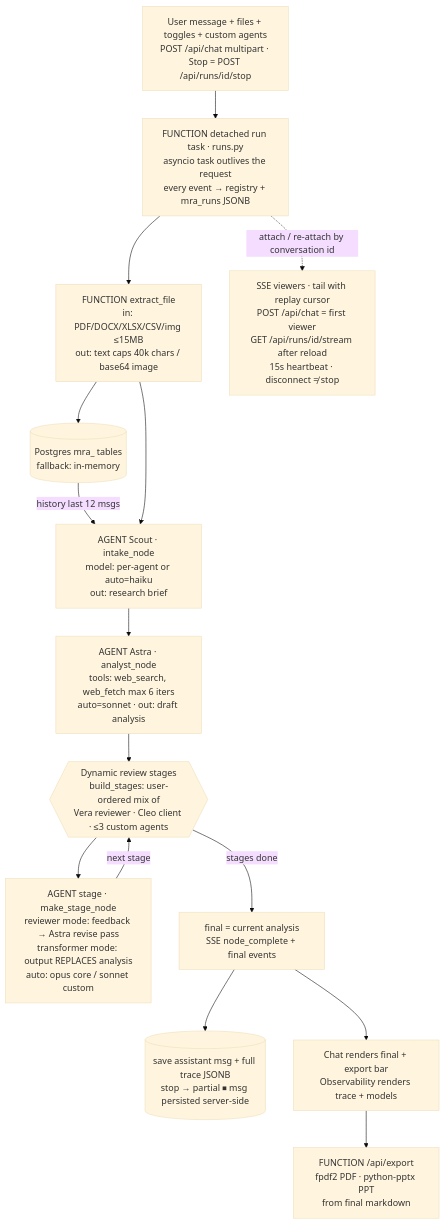
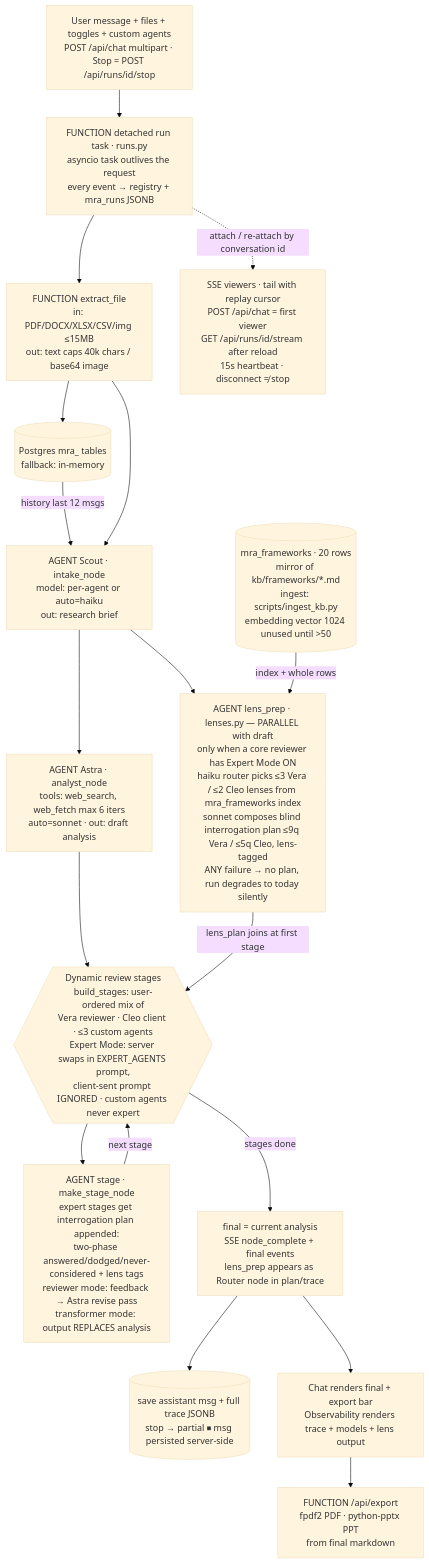
Before and after one commit to APareek89/market-research-agents: the diagram in docs/mermaid/01-agent-flow.mmd, drawn with Mermaid (base theme). The commit also changed 130 other files, not shown here.

First line of the commit message:
Expert Mode lens retrieval: KB-driven dynamic interrogation plans for review agents

```diff
--- a/docs/mermaid/01-agent-flow.mmd
+++ b/docs/mermaid/01-agent-flow.mmd
@@ -1,17 +1,20 @@
 %% granularity: master
-%% files: app/graph.py, app/main.py, app/runs.py, app/extract.py, app/tools.py, app/db.py, app/export.py
+%% files: app/graph.py, app/main.py, app/runs.py, app/lenses.py, app/kb.py, app/extract.py, app/tools.py, app/db.py, app/export.py
 flowchart TD
     U[User message + files + toggles + custom agents<br/>POST /api/chat multipart · Stop = POST /api/runs/id/stop] --> RUN[FUNCTION detached run task · runs.py<br/>asyncio task outlives the request<br/>every event → registry + mra_runs JSONB]
     RUN --> EX[FUNCTION extract_file<br/>in: PDF/DOCX/XLSX/CSV/img ≤15MB<br/>out: text caps 40k chars / base64 image]
     RUN -. attach / re-attach by conversation id .-> VW[SSE viewers · tail with replay cursor<br/>POST /api/chat = first viewer<br/>GET /api/runs/id/stream after reload<br/>15s heartbeat · disconnect ≠ stop]
     EX --> MEM[(Postgres mra_ tables<br/>fallback: in-memory)]
     MEM -->|history last 12 msgs| A0
     EX --> A0[AGENT Scout · intake_node<br/>model: per-agent or auto=haiku<br/>out: research brief]
     A0 --> A1[AGENT Astra · analyst_node<br/>tools: web_search, web_fetch max 6 iters<br/>auto=sonnet · out: draft analysis]
-    A1 --> ST{{Dynamic review stages<br/>build_stages: user-ordered mix of<br/>Vera reviewer · Cleo client · ≤3 custom agents}}
-    ST --> SG[AGENT stage · make_stage_node<br/>reviewer mode: feedback → Astra revise pass<br/>transformer mode: output REPLACES analysis<br/>auto: opus core / sonnet custom]
+    A0 --> LP[AGENT lens_prep · lenses.py — PARALLEL with draft<br/>only when a core reviewer has Expert Mode ON<br/>haiku router picks ≤3 Vera / ≤2 Cleo lenses from mra_frameworks index<br/>sonnet composes blind interrogation plan ≤9q Vera / ≤5q Cleo, lens-tagged<br/>ANY failure → no plan, run degrades to today silently]
+    KB[(mra_frameworks · 20 rows<br/>mirror of kb/frameworks/*.md<br/>ingest: scripts/ingest_kb.py<br/>embedding vector 1024 unused until >50)] -->|index + whole rows| LP
+    A1 --> ST{{Dynamic review stages<br/>build_stages: user-ordered mix of<br/>Vera reviewer · Cleo client · ≤3 custom agents<br/>Expert Mode: server swaps in EXPERT_AGENTS prompt,<br/>client-sent prompt IGNORED · custom agents never expert}}
+    LP -->|lens_plan joins at first stage| ST
+    ST --> SG[AGENT stage · make_stage_node<br/>expert stages get interrogation plan appended:<br/>two-phase answered/dodged/never-considered + lens tags<br/>reviewer mode: feedback → Astra revise pass<br/>transformer mode: output REPLACES analysis]
     SG -->|next stage| ST
-    ST -->|stages done| FIN[final = current analysis<br/>SSE node_complete + final events]
+    ST -->|stages done| FIN[final = current analysis<br/>SSE node_complete + final events<br/>lens_prep appears as Router node in plan/trace]
     FIN --> MEM2[(save assistant msg + full trace JSONB<br/>stop → partial ⏹ msg persisted server-side)]
-    FIN --> UI[Chat renders final + export bar<br/>Observability renders trace + models]
+    FIN --> UI[Chat renders final + export bar<br/>Observability renders trace + models + lens output]
     UI --> XP[FUNCTION /api/export<br/>fpdf2 PDF · python-pptx PPT<br/>from final markdown]
```
